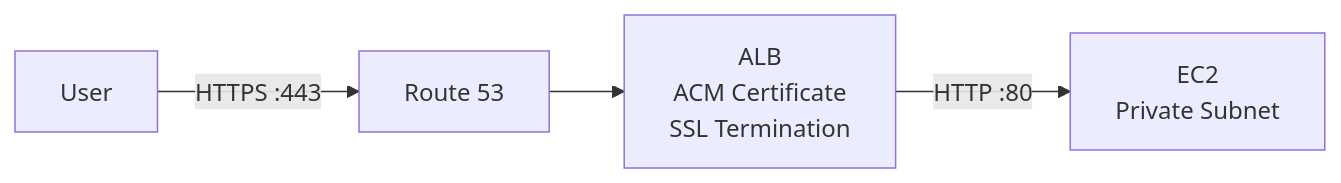
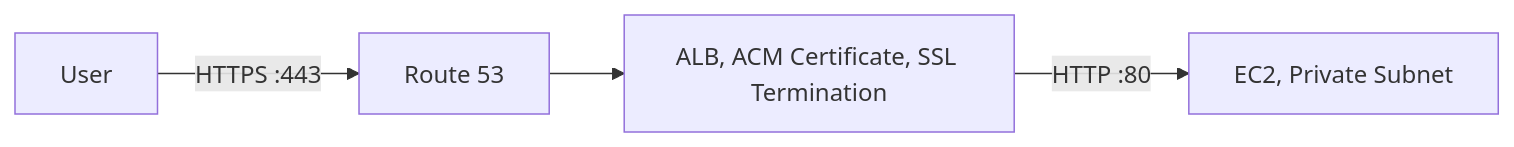
The fourth of 4 diagrams in Chapter_38_AWS_Certificate_Manager_ACM.md (DeeptiShuklaProject/Uday_AWS), drawn with Mermaid before and after one commit. The commit also changed other lines of this file and 34 other files, not shown here.

Commit message:
Fix mermaid diagrams syntax across all chapters (quote labels and remove HTML)

````diff
--- a/Chapter_38_AWS_Certificate_Manager_ACM.md
+++ b/Chapter_38_AWS_Certificate_Manager_ACM.md
@@ -1055,6 +1055,6 @@
 ```mermaid
 flowchart LR
     User[User] -->|HTTPS :443| Route53[Route 53]
-    Route53 --> ALB[ALB<br>ACM Certificate<br>SSL Termination]
-    ALB -->|HTTP :80| EC2[EC2<br>Private Subnet]
+    Route53 --> ALB["ALB, ACM Certificate, SSL Termination"]
+    ALB -->|HTTP :80| EC2["EC2, Private Subnet"]
 ```
````
